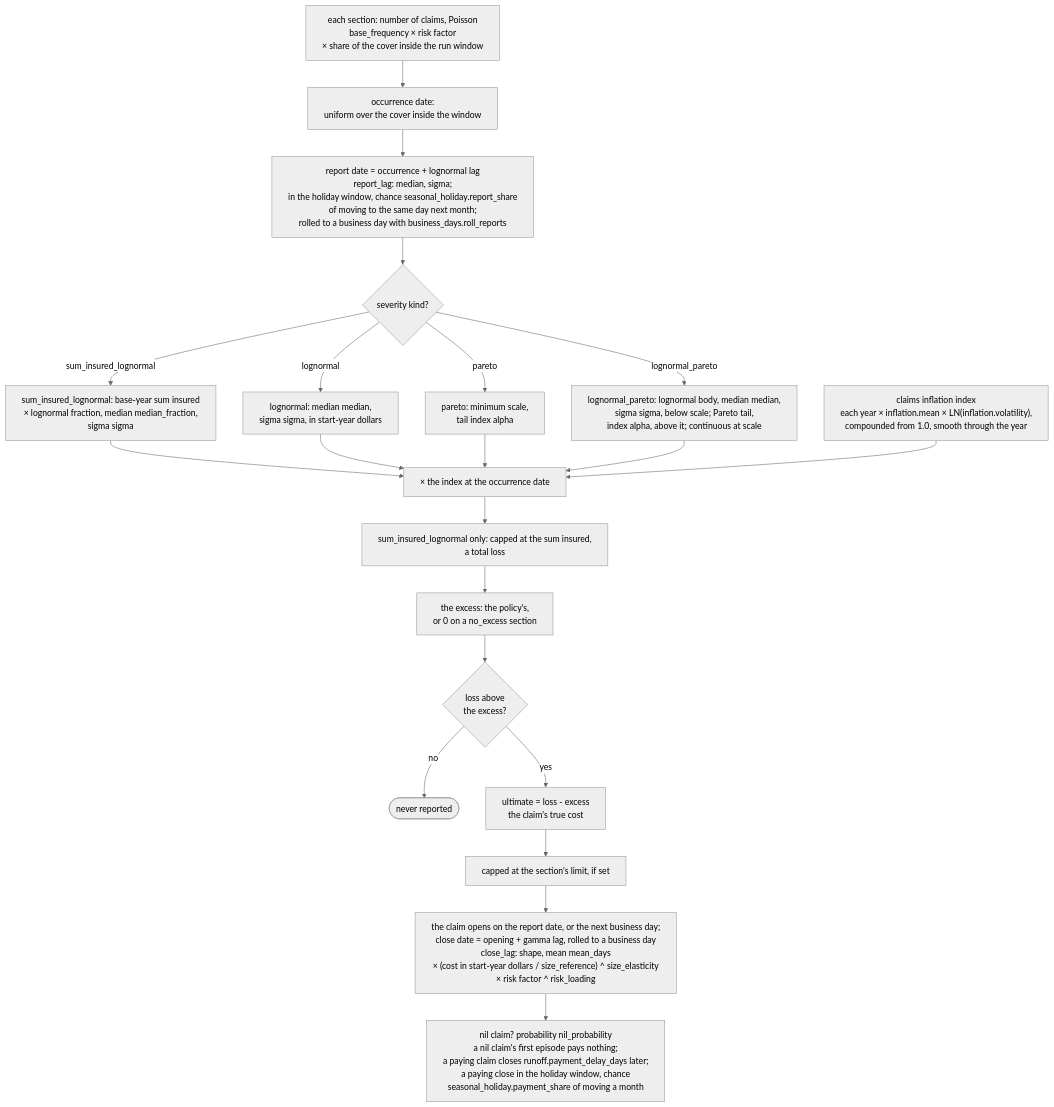
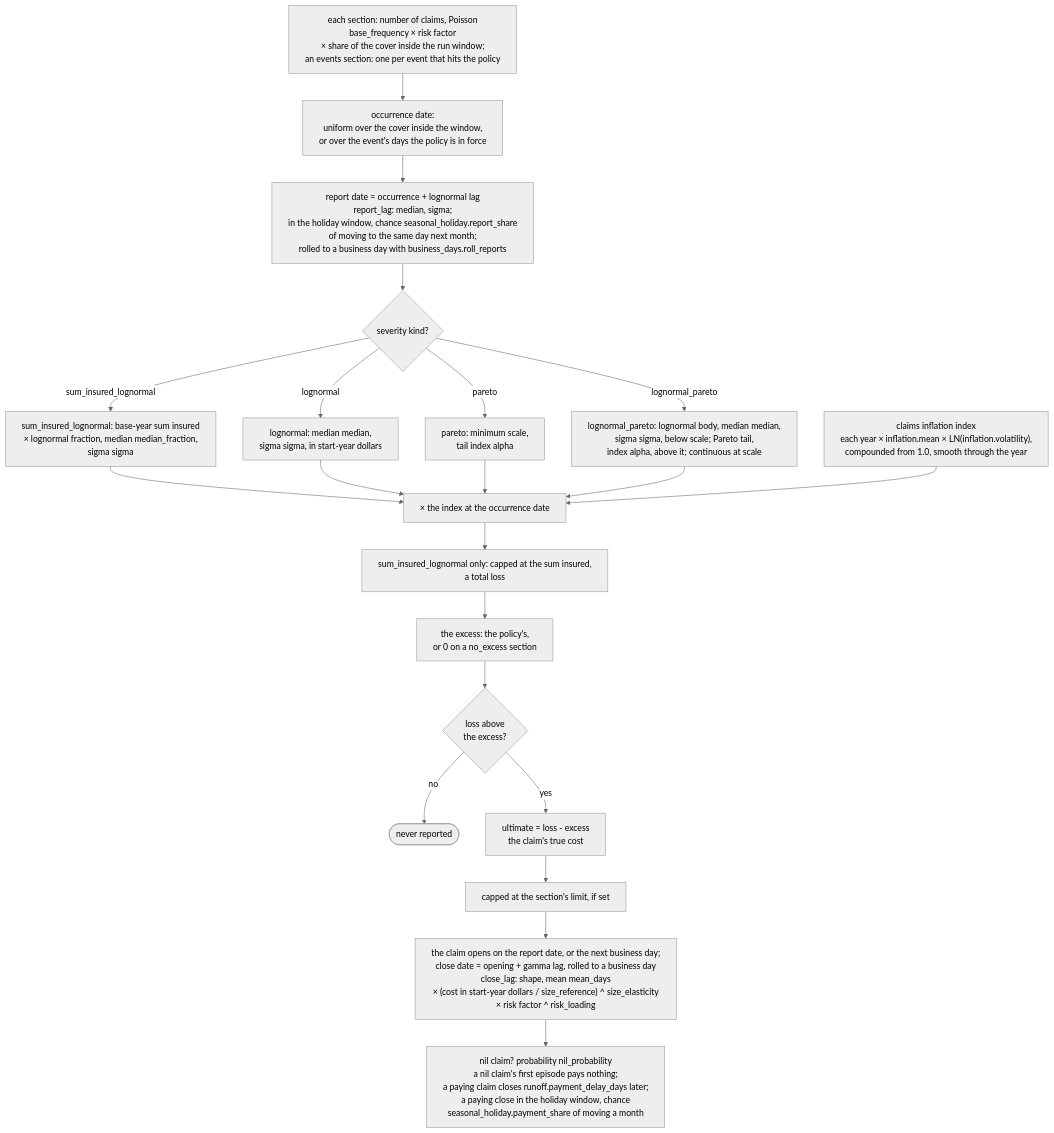
One commit to le-marais/claims-data-generator changed the fourth of 11 diagrams in README.md. Above: the diagram before and after it, drawn with Mermaid (neutral theme). The commit also changed other lines of this file and 21 other files, not shown here.

````diff
--- a/README.md
+++ b/README.md
@@ -155,35 +155,35 @@
 ```mermaid
 %%{init: {"flowchart": {"wrappingWidth": 480}}}%%
 flowchart TD
-    count["each section: number of claims, Poisson<br/>base_frequency × risk factor<br/>× share of the cover inside the run window"]
-    occurrence["occurrence date:<br/>uniform over the cover inside the window"]
+    count["each section: number of claims, Poisson<br/>base_frequency × risk factor<br/>× share of the cover inside the run window;<br/>an events section: one per event that hits the policy"]
+    occurrence["occurrence date:<br/>uniform over the cover inside the window,<br/>or over the event's days the policy is in force"]
     report["report date = occurrence + lognormal lag<br/>report_lag: median, sigma;<br/>in the holiday window, chance seasonal_holiday.report_share<br/>of moving to the same day next month;<br/>rolled to a business day with business_days.roll_reports"]
     kind{"severity kind?"}
     siLoss["sum_insured_lognormal: base-year sum insured<br/>× lognormal fraction, median median_fraction,<br/>sigma sigma"]
     lognormalLoss["lognormal: median median,<br/>sigma sigma, in start-year dollars"]
     paretoLoss["pareto: minimum scale,<br/>tail index alpha"]
     splicedLoss["lognormal_pareto: lognormal body, median median,<br/>sigma sigma, below scale; Pareto tail,<br/>index alpha, above it; continuous at scale"]
     index["claims inflation index<br/>each year × inflation.mean × LN(inflation.volatility),<br/>compounded from 1.0, smooth through the year"]
     trended["× the index at the occurrence date"]
     cap["sum_insured_lognormal only: capped at the sum insured,<br/>a total loss"]
     excess["the excess: the policy's,<br/>or 0 on a no_excess section"]
     pierce{"loss above<br/>the excess?"}
     dropped(["never reported"])
     ultimate["ultimate = loss - excess<br/>the claim's true cost"]
     limitCap["capped at the section's limit, if set"]
     closeDate["the claim opens on the report date, or the next business day;<br/>close date = opening + gamma lag, rolled to a business day<br/>close_lag: shape, mean mean_days<br/>× (cost in start-year dollars / size_reference) ^ size_elasticity<br/>× risk factor ^ risk_loading"]
     nilFlag["nil claim? probability nil_probability<br/>a nil claim's first episode pays nothing;<br/>a paying claim closes runoff.payment_delay_days later;<br/>a paying close in the holiday window, chance<br/>seasonal_holiday.payment_share of moving a month"]
     count --> occurrence --> report --> kind
     kind -- "sum_insured_lognormal" --> siLoss
     kind -- "lognormal" --> lognormalLoss
     kind -- "pareto" --> paretoLoss
     kind -- "lognormal_pareto" --> splicedLoss
     siLoss --> trended
     lognormalLoss --> trended
     paretoLoss --> trended
     splicedLoss --> trended
     index --> trended
     trended --> cap --> excess --> pierce
     pierce -- "no" --> dropped
     pierce -- "yes" --> ultimate --> limitCap --> closeDate --> nilFlag
 ```
````
